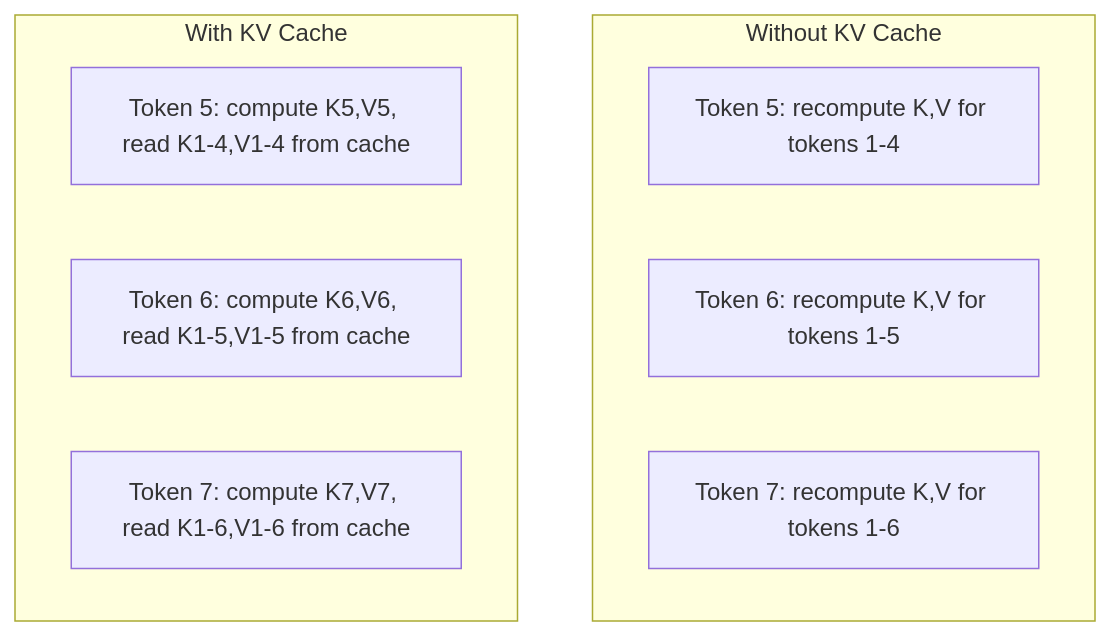
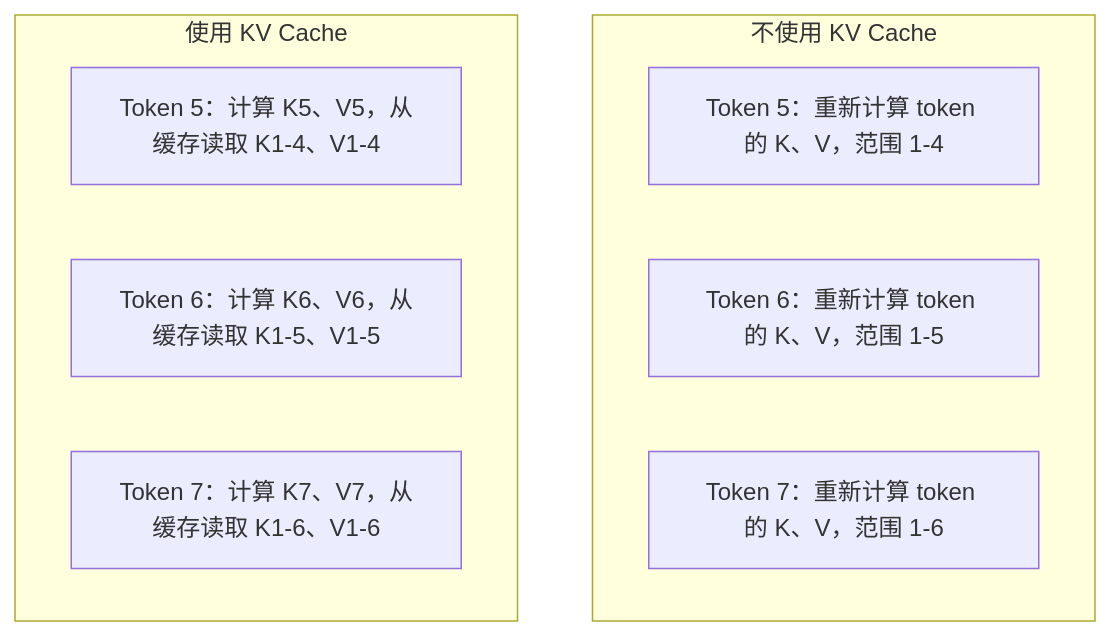
One commit to JerryC8080/ai-engineering-from-scratch-zh changed the second of 5 diagrams in phases/10-llms-from-scratch/12-inference-optimization/docs/zh.md. Above: the diagram before and after it, drawn with Mermaid. The commit also changed other lines of this file and 156 other files, not shown here.

First line of the commit message:
i18n(zh): translate mermaid diagram labels in 157 lesson zh.md

````diff
--- a/phases/10-llms-from-scratch/12-inference-optimization/docs/zh.md
+++ b/phases/10-llms-from-scratch/12-inference-optimization/docs/zh.md
@@ -70,14 +70,14 @@
 ```mermaid
 graph TD
-    subgraph "Without KV Cache"
-        A1["Token 5: recompute K,V for tokens 1-4"]
-        A2["Token 6: recompute K,V for tokens 1-5"]
-        A3["Token 7: recompute K,V for tokens 1-6"]
+    subgraph "不使用 KV Cache"
+        A1["Token 5：重新计算 token 的 K、V，范围 1-4"]
+        A2["Token 6：重新计算 token 的 K、V，范围 1-5"]
+        A3["Token 7：重新计算 token 的 K、V，范围 1-6"]
     end
 
-    subgraph "With KV Cache"
-        B1["Token 5: compute K5,V5, read K1-4,V1-4 from cache"]
-        B2["Token 6: compute K6,V6, read K1-5,V1-5 from cache"]
-        B3["Token 7: compute K7,V7, read K1-6,V1-6 from cache"]
+    subgraph "使用 KV Cache"
+        B1["Token 5：计算 K5、V5，从缓存读取 K1-4、V1-4"]
+        B2["Token 6：计算 K6、V6，从缓存读取 K1-5、V1-5"]
+        B3["Token 7：计算 K7、V7，从缓存读取 K1-6、V1-6"]
     end
 ```
````
